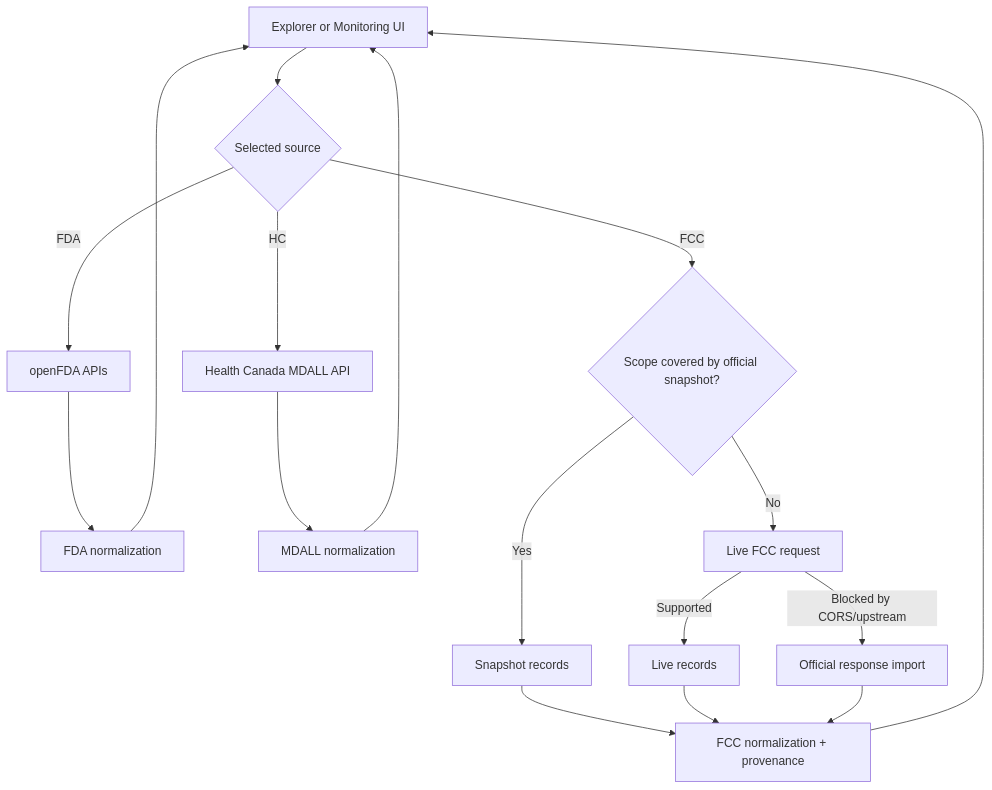
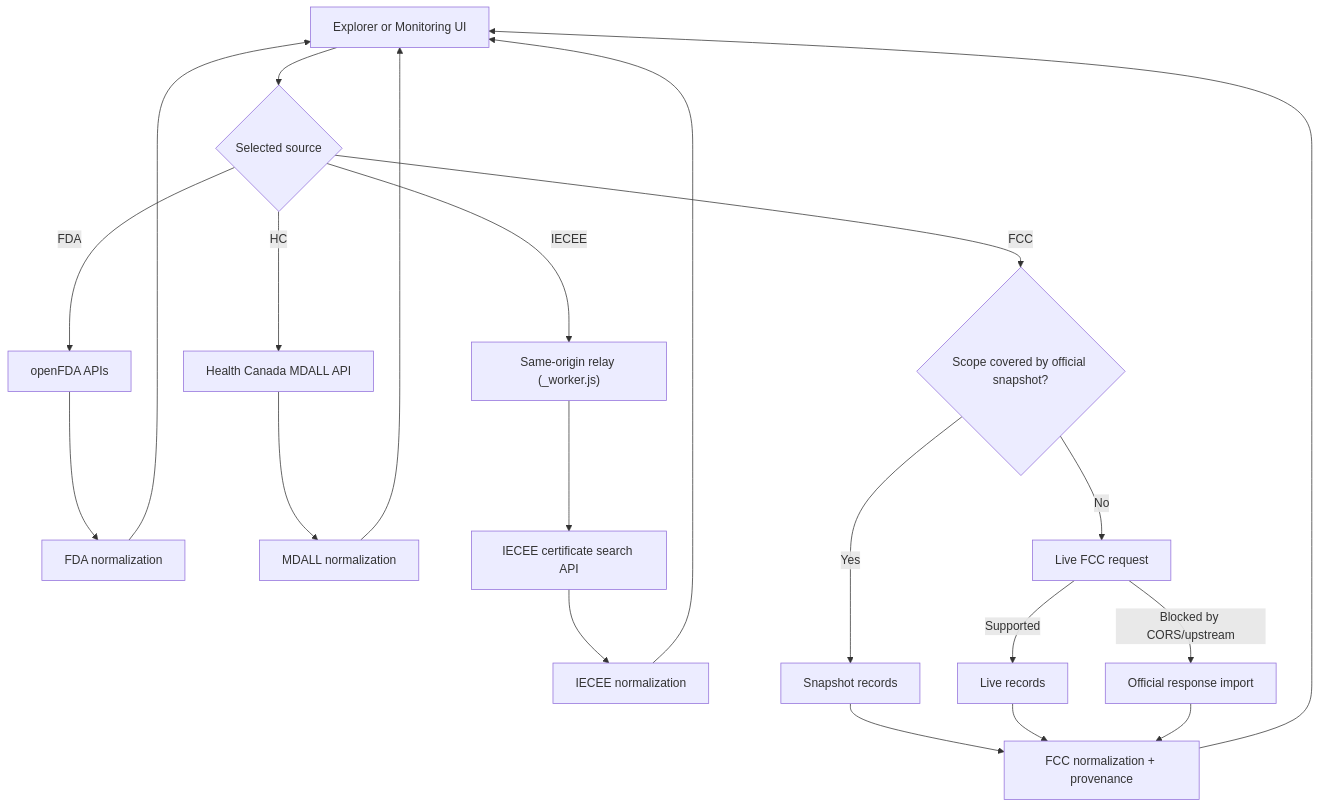
Before and after one commit to ahmedbins/fda_device: the second of 2 diagrams in docs/ARCHITECTURE.md, drawn with Mermaid. The commit also changed other lines of this file and 37 other files, not shown here.

````diff
--- a/docs/ARCHITECTURE.md
+++ b/docs/ARCHITECTURE.md
@@ -53,19 +60,23 @@
 ```mermaid
 flowchart TD
   UI["Explorer or Monitoring UI"] --> S{"Selected source"}
   S -->|FDA| F["openFDA APIs"]
   F --> FN["FDA normalization"]
   S -->|HC| H["Health Canada MDALL API"]
   H --> HN["MDALL normalization"]
+  S -->|IECEE| IR["Same-origin relay (_worker.js)"]
+  IR --> IE["IECEE certificate search API"]
+  IE --> IN["IECEE normalization"]
   S -->|FCC| C{"Scope covered by official snapshot?"}
   C -->|Yes| SN["Snapshot records"]
   C -->|No| L["Live FCC request"]
   L -->|Supported| LN["Live records"]
   L -->|Blocked by CORS/upstream| IM["Official response import"]
   SN --> N["FCC normalization + provenance"]
   LN --> N
   IM --> N
   FN --> UI
   HN --> UI
+  IN --> UI
   N --> UI
 ```
````
